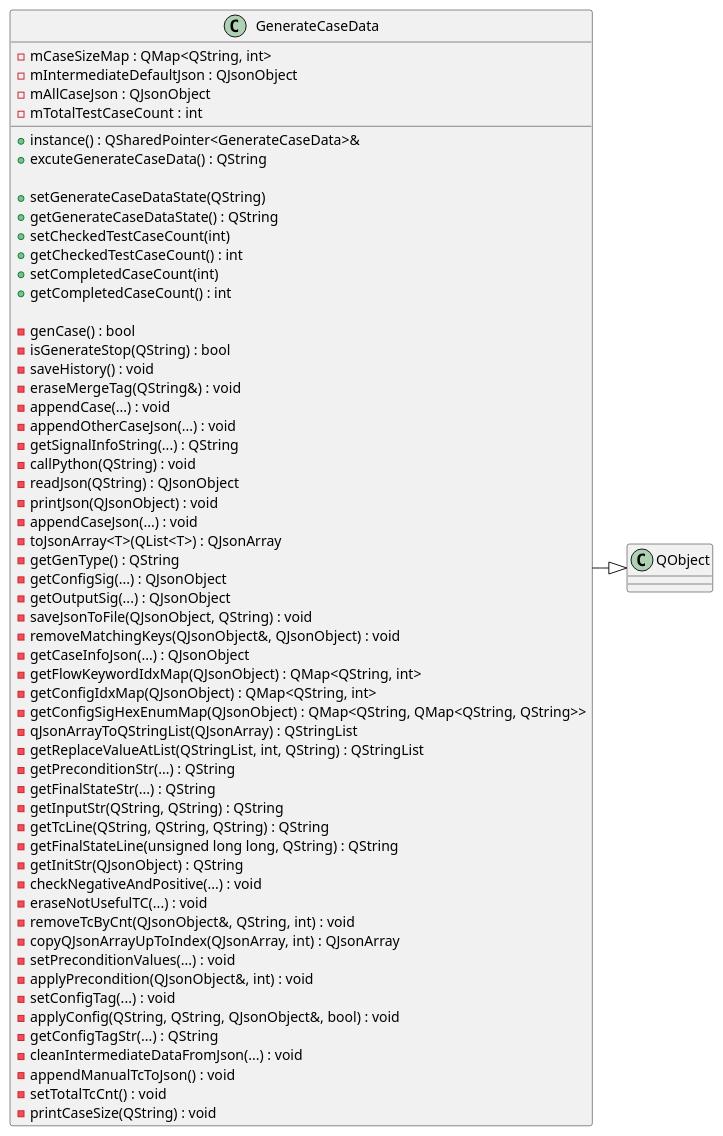
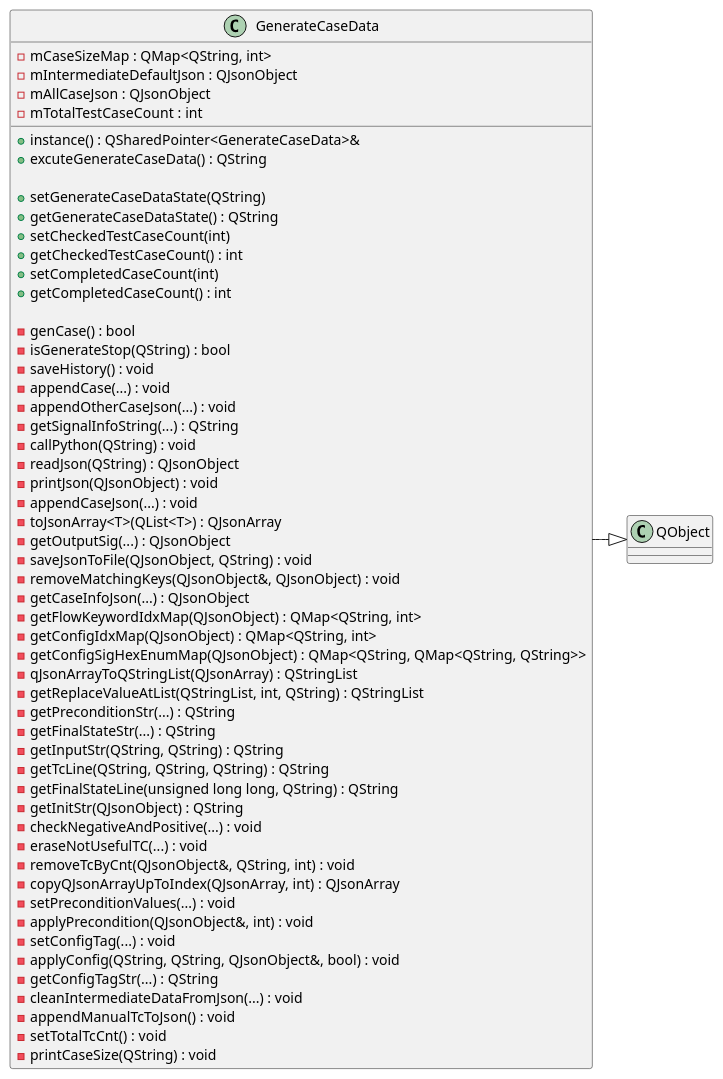
One commit to rlarudgh1997/Application changed the diagram in Diagram/024_GenerateCaseData/ClassDiagram_GenerateCaseData.plantuml. Above: the diagram before and after it, drawn with PlantUML. The commit also changed 26 other files, not shown here.

```diff
--- a/Diagram/024_GenerateCaseData/ClassDiagram_GenerateCaseData.plantuml
+++ b/Diagram/024_GenerateCaseData/ClassDiagram_GenerateCaseData.plantuml
@@ -1,67 +1,64 @@
 @startuml
 
 class QObject
 
 class GenerateCaseData {
     - mCaseSizeMap : QMap<QString, int>
     - mIntermediateDefaultJson : QJsonObject
     - mAllCaseJson : QJsonObject
     - mTotalTestCaseCount : int
 
     + instance() : QSharedPointer<GenerateCaseData>&
     + excuteGenerateCaseData() : QString
 
     + setGenerateCaseDataState(QString)
     + getGenerateCaseDataState() : QString
     + setCheckedTestCaseCount(int)
     + getCheckedTestCaseCount() : int
     + setCompletedCaseCount(int)
     + getCompletedCaseCount() : int
 
     - genCase() : bool
     - isGenerateStop(QString) : bool
     - saveHistory() : void
-    - eraseMergeTag(QString&) : void
     - appendCase(...) : void
     - appendOtherCaseJson(...) : void
     - getSignalInfoString(...) : QString
     - callPython(QString) : void
     - readJson(QString) : QJsonObject
     - printJson(QJsonObject) : void
     - appendCaseJson(...) : void
     - toJsonArray<T>(QList<T>) : QJsonArray
-    - getGenType() : QString
-    - getConfigSig(...) : QJsonObject
     - getOutputSig(...) : QJsonObject
     - saveJsonToFile(QJsonObject, QString) : void
     - removeMatchingKeys(QJsonObject&, QJsonObject) : void
     - getCaseInfoJson(...) : QJsonObject
     - getFlowKeywordIdxMap(QJsonObject) : QMap<QString, int>
     - getConfigIdxMap(QJsonObject) : QMap<QString, int>
     - getConfigSigHexEnumMap(QJsonObject) : QMap<QString, QMap<QString, QString>>
     - qJsonArrayToQStringList(QJsonArray) : QStringList
     - getReplaceValueAtList(QStringList, int, QString) : QStringList
     - getPreconditionStr(...) : QString
     - getFinalStateStr(...) : QString
     - getInputStr(QString, QString) : QString
     - getTcLine(QString, QString, QString) : QString
     - getFinalStateLine(unsigned long long, QString) : QString
     - getInitStr(QJsonObject) : QString
     - checkNegativeAndPositive(...) : void
     - eraseNotUsefulTC(...) : void
     - removeTcByCnt(QJsonObject&, QString, int) : void
     - copyQJsonArrayUpToIndex(QJsonArray, int) : QJsonArray
     - setPreconditionValues(...) : void
     - applyPrecondition(QJsonObject&, int) : void
     - setConfigTag(...) : void
     - applyConfig(QString, QString, QJsonObject&, bool) : void
     - getConfigTagStr(...) : QString
     - cleanIntermediateDataFromJson(...) : void
     - appendManualTcToJson() : void
     - setTotalTcCnt() : void
     - printCaseSize(QString) : void
 }
 
 GenerateCaseData -|> QObject
 
 @enduml
```
